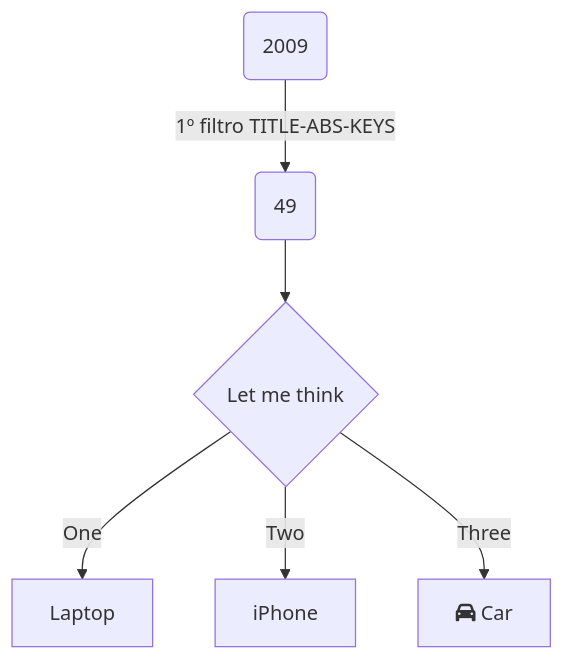
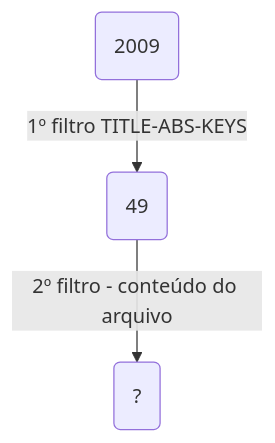
Before and after one commit to emanoelopes/-SBBD_DS4SG_2024_RSL: the diagram in flowchart.mermaid, drawn with Mermaid.

```diff
--- a/flowchart.mermaid
+++ b/flowchart.mermaid
@@ -1,6 +1,3 @@
 flowchart TD
     A(2009) -->|1º filtro TITLE-ABS-KEYS| B(49)
-    B --> C{Let me think}
-    C -->|One| D[Laptop]
-    C -->|Two| E[iPhone]
-    C -->|Three| F[fa:fa-car Car]
+    B --> |2º filtro - conteúdo do arquivo| C(?)
```
